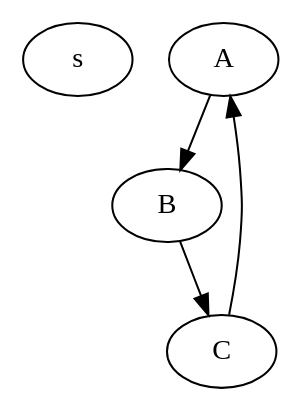
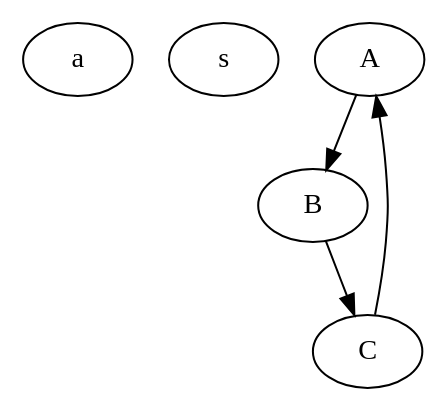
Before and after one commit to ryanalfa94/-CSE-464-2024-ralfa: the diagram in src/main/resources/output.dot, drawn with Graphviz. The commit also changed 15 other files, not shown here.

```diff
--- a/src/main/resources/output.dot
+++ b/src/main/resources/output.dot
@@ -1,6 +1,7 @@
 digraph "G" {
+"a"
 "s"
 "A" -> "B"
 "B" -> "C"
 "C" -> "A"
 }
```
